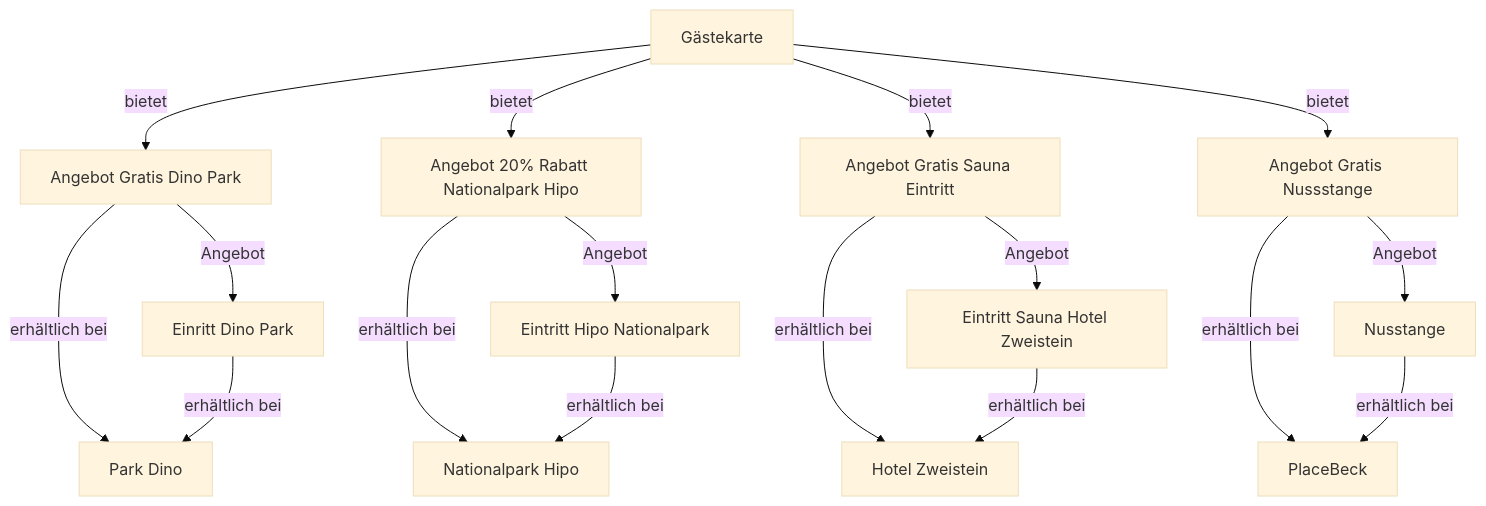
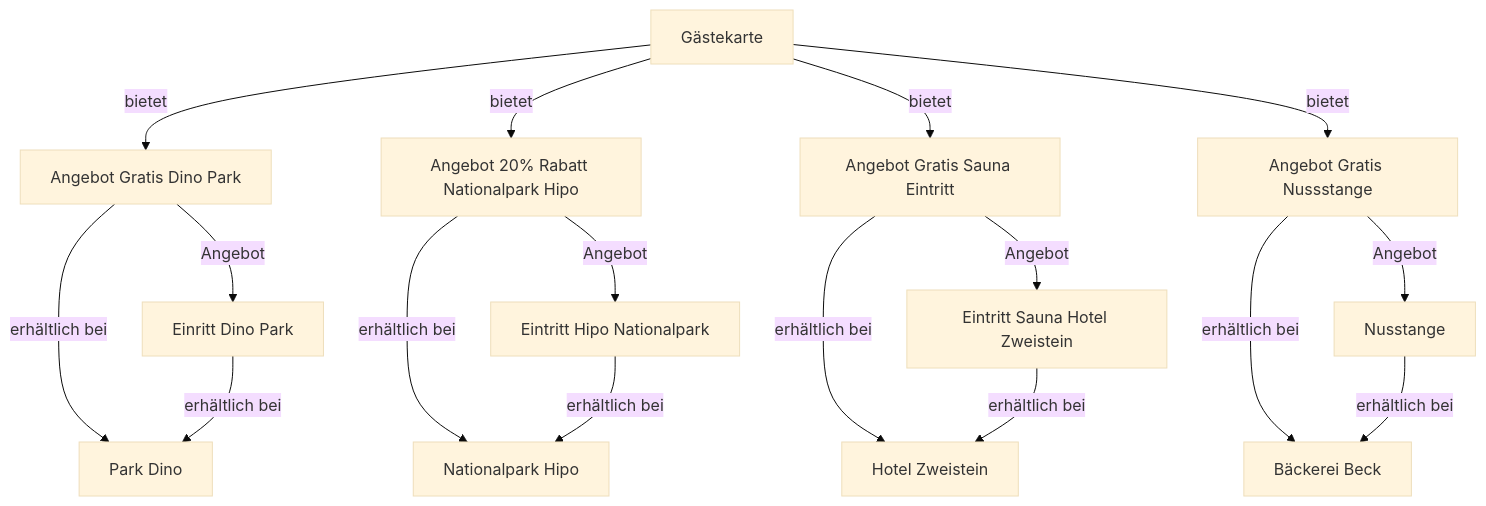
One commit to tsolenthaler/docs.contentdesk.io changed the first of 2 diagrams in docs/concepts/gaestekarte.md. Above: the diagram before and after it, drawn with Mermaid (base theme).

Commit message:
Refactor gaestekarte.md: Update properties and fix schema references

````diff
--- a/docs/concepts/gaestekarte.md
+++ b/docs/concepts/gaestekarte.md
@@ -17,24 +17,24 @@
 ``` mermaid
 graph TD
     GuestCard[Gästekarte] --> |bietet| OfferGratisDino[Angebot Gratis Dino Park]
     GuestCard -->|bietet| Offer20RabattHipo[Angebot 20% Rabatt Nationalpark Hipo]
     GuestCard -->|bietet| OfferSauna[Angebot Gratis Sauna Eintritt]
     GuestCard -->|bietet| OfferNusstange[Angebot Gratis Nussstange]
 
     OfferGratisDino --> |Angebot| OfferDinoPark["Einritt Dino Park"]
     OfferGratisDino --> |erhältlich bei| PlaceDinoPark
 
     OfferDinoPark -->|erhältlich bei| PlaceDinoPark[Park Dino]
 
     OfferNusstange --> |Angebot| ProductNusstange[Nusstange]
-    OfferNusstange --> |erhältlich bei| PlaceBeck
+    OfferNusstange --> |erhältlich bei| PlaceBeck[Bäckerei Beck]
     ProductNusstange --> |erhältlich bei| PlaceBeck
 
     Offer20RabattHipo --> |Angebot| ProductHipo[Eintritt Hipo Nationalpark]
     Offer20RabattHipo --> |erhältlich bei| PlaceHipo[Nationalpark Hipo]
     ProductHipo --> |erhältlich bei| PlaceHipo[Nationalpark Hipo]
 
     OfferSauna --> |Angebot| ProductSauna[Eintritt Sauna Hotel Zweistein]
     OfferSauna --> |erhältlich bei| PlaceHotel[Hotel Zweistein]
     ProductSauna --> |erhältlich bei| PlaceHotel[Hotel Zweistein]
 ```
````
